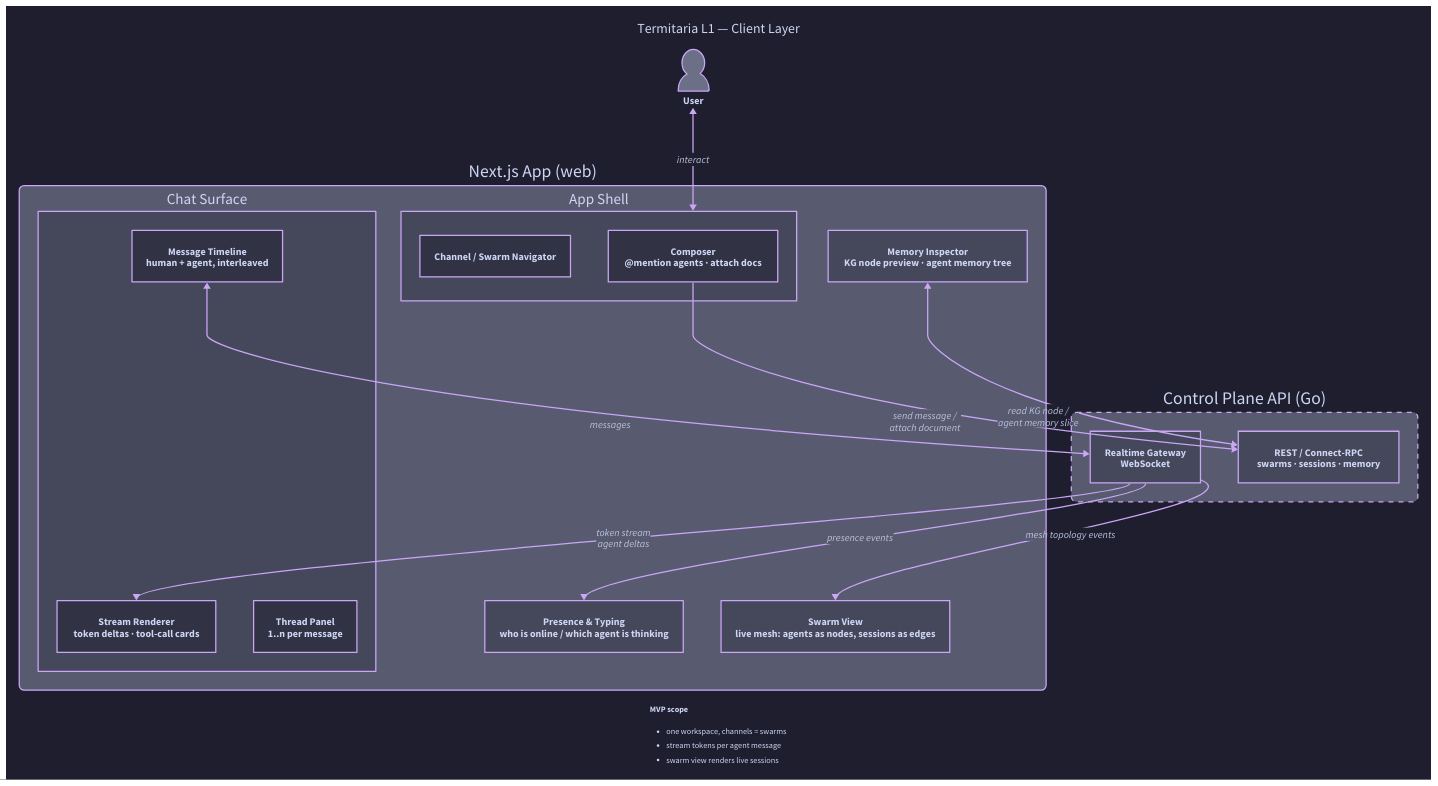
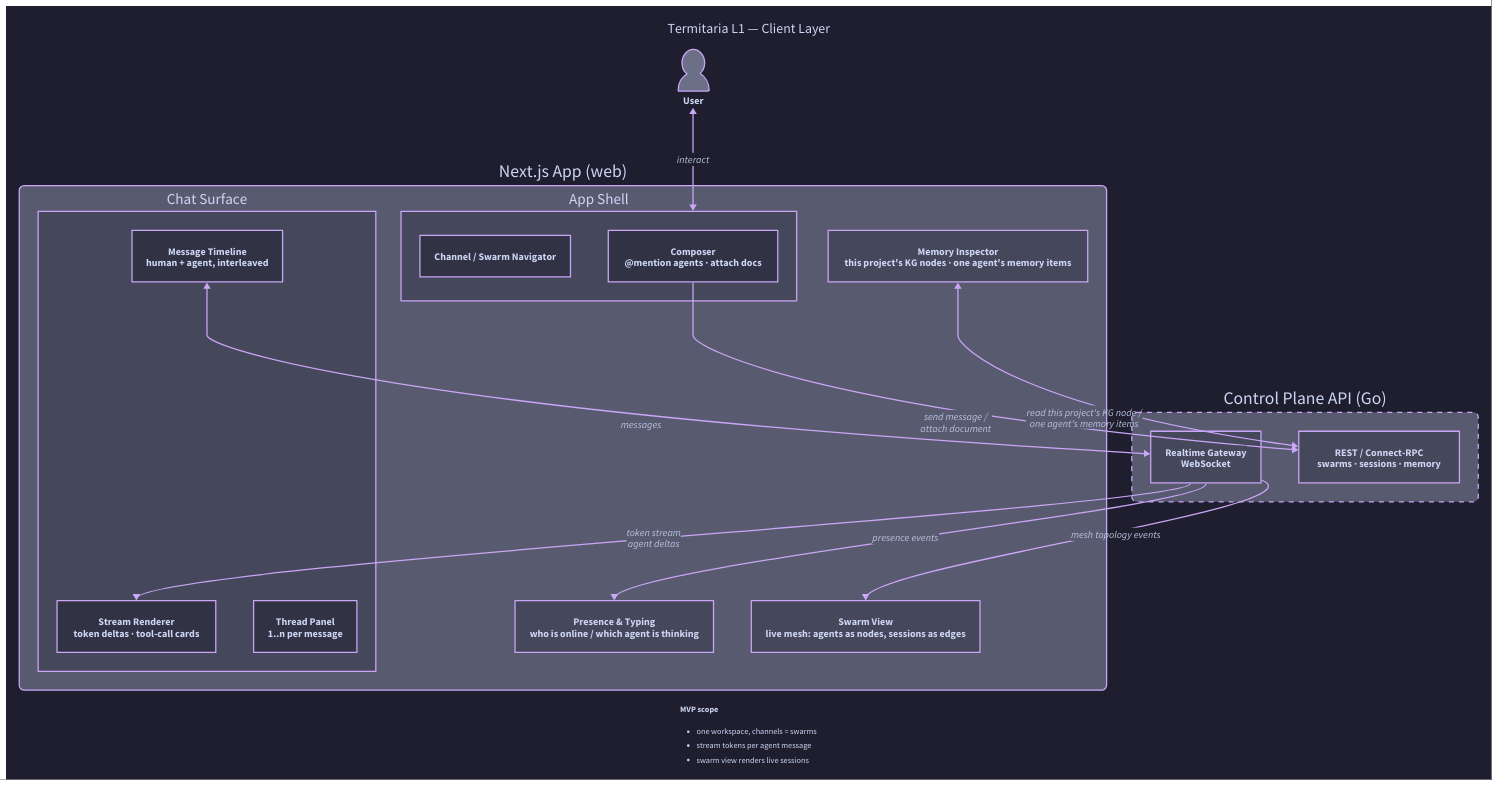
Before and after one commit to Darth-S1d1ous/Termitaria: the diagram in docs/images/architecture-L1-client.d2, drawn with D2. The commit also changed 65 other files, not shown here.

```diff
--- a/docs/images/architecture-L1-client.d2
+++ b/docs/images/architecture-L1-client.d2
@@ -1,61 +1,61 @@
 vars: {
   d2-config: {
     sketch: false
     theme-id: 200
   }
 }
 
 direction: down
 
 title: "Termitaria L1 — Client Layer" {
   near: top-center
   shape: text
   style.font-size: 22
 }
 
 user: User {shape: person}
 
 app: "Next.js App (web)" {
   style.border-radius: 8
 
   shell: "App Shell" {
     nav: "Channel / Swarm Navigator"
     composer: "Composer\n@mention agents · attach docs"
   }
 
   chat: "Chat Surface" {
     timeline: "Message Timeline\nhuman + agent, interleaved"
     stream: "Stream Renderer\ntoken deltas · tool-call cards"
     threads: "Thread Panel\n1..n per message"
   }
 
   presence: "Presence & Typing\nwho is online / which agent is thinking"
   swarmview: "Swarm View\nlive mesh: agents as nodes, sessions as edges"
-  inspector: "Memory Inspector\nKG node preview · agent memory tree"
+  inspector: "Memory Inspector\nthis project's KG nodes · one agent's memory items"
 }
 
 gw: "Control Plane API (Go)" {
   style.border-radius: 8
   style.stroke-dash: 4
   ws: "Realtime Gateway\nWebSocket"
   rest: "REST / Connect-RPC\nswarms · sessions · memory"
 }
 
 user <-> app.shell: "interact"
 app.chat.stream <- gw.ws: "token stream\nagent deltas"
 app.chat.timeline <-> gw.ws: "messages"
 app.presence <- gw.ws: "presence events"
 app.swarmview <- gw.ws: "mesh topology events"
 app.shell.composer -> gw.rest: "send message /\nattach document"
-app.inspector <-> gw.rest: "read KG node /\nagent memory slice"
+app.inspector <-> gw.rest: "read this project's KG node /\none agent's memory items"
 
 note: |md
   **MVP scope**
   - one workspace, channels = swarms
   - stream tokens per agent message
   - swarm view renders live sessions
 | {
   near: bottom-center
   shape: text
   style.font-size: 13
 }
```
